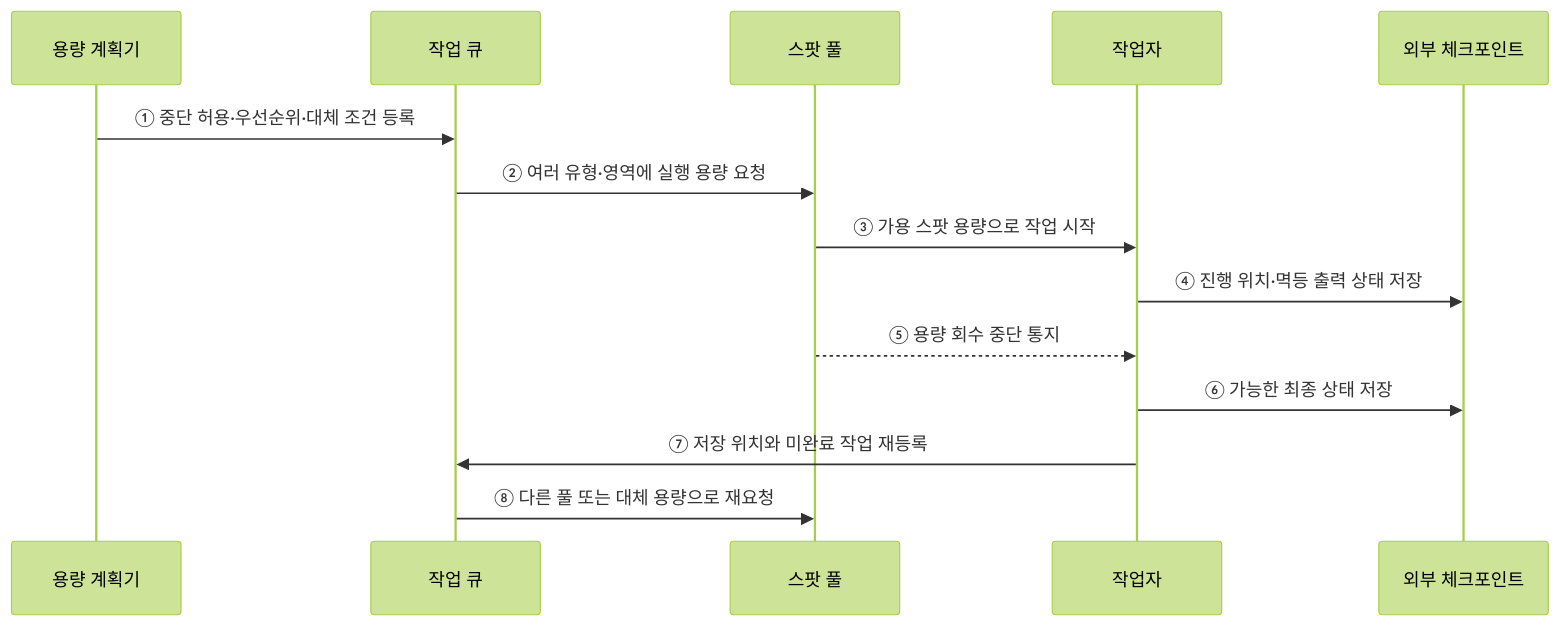
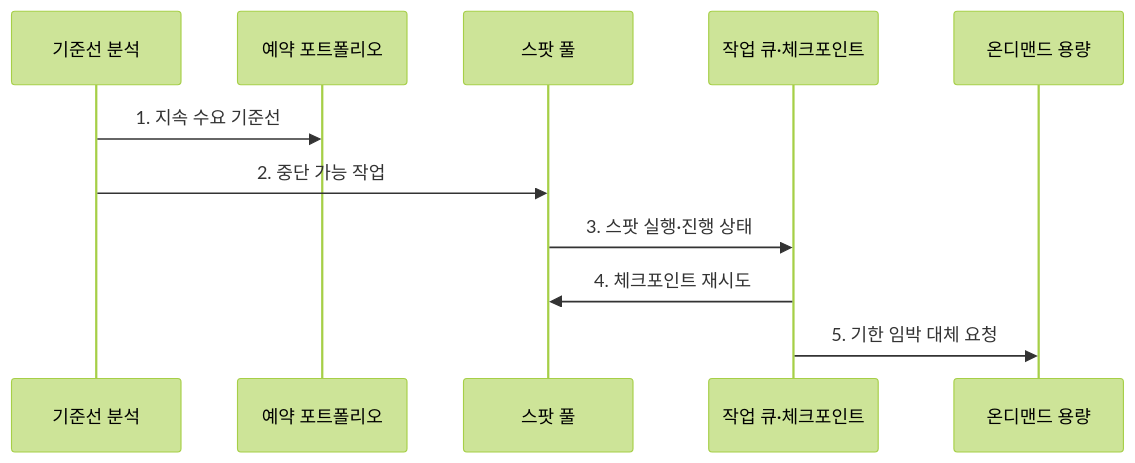
One commit to agnusdei1207/knowledge-base changed the second of 2 diagrams in src/content/docs/notes/03-software/148_reserved_spot_instance.md. Above: the diagram before and after it, drawn with Mermaid (forest theme). The commit also changed other lines of this file and 20 other files, not shown here.

````diff
--- a/src/content/docs/notes/03-software/148_reserved_spot_instance.md
+++ b/src/content/docs/notes/03-software/148_reserved_spot_instance.md
@@ -72,16 +82,13 @@
 ```mermaid
 sequenceDiagram
-    participant P as 용량 계획기
-    participant Q as 작업 큐
+    participant B as 기준선 분석
+    participant R as 예약 포트폴리오
     participant S as 스팟 풀
-    participant W as 작업자
-    participant C as 외부 체크포인트
-    P->>Q: ① 중단 허용·우선순위·대체 조건 등록
-    Q->>S: ② 여러 유형·영역에 실행 용량 요청
-    S->>W: ③ 가용 스팟 용량으로 작업 시작
-    W->>C: ④ 진행 위치·멱등 출력 상태 저장
-    S-->>W: ⑤ 용량 회수 중단 통지
-    W->>C: ⑥ 가능한 최종 상태 저장
-    W->>Q: ⑦ 저장 위치와 미완료 작업 재등록
-    Q->>S: ⑧ 다른 풀 또는 대체 용량으로 재요청
+    participant Q as 작업 큐·체크포인트
+    participant O as 온디맨드 용량
+    B->>R: 1. 지속 수요 기준선
+    B->>S: 2. 중단 가능 작업
+    S->>Q: 3. 스팟 실행·진행 상태
+    Q->>S: 4. 체크포인트 재시도
+    Q->>O: 5. 기한 임박 대체 요청
 ```
````
